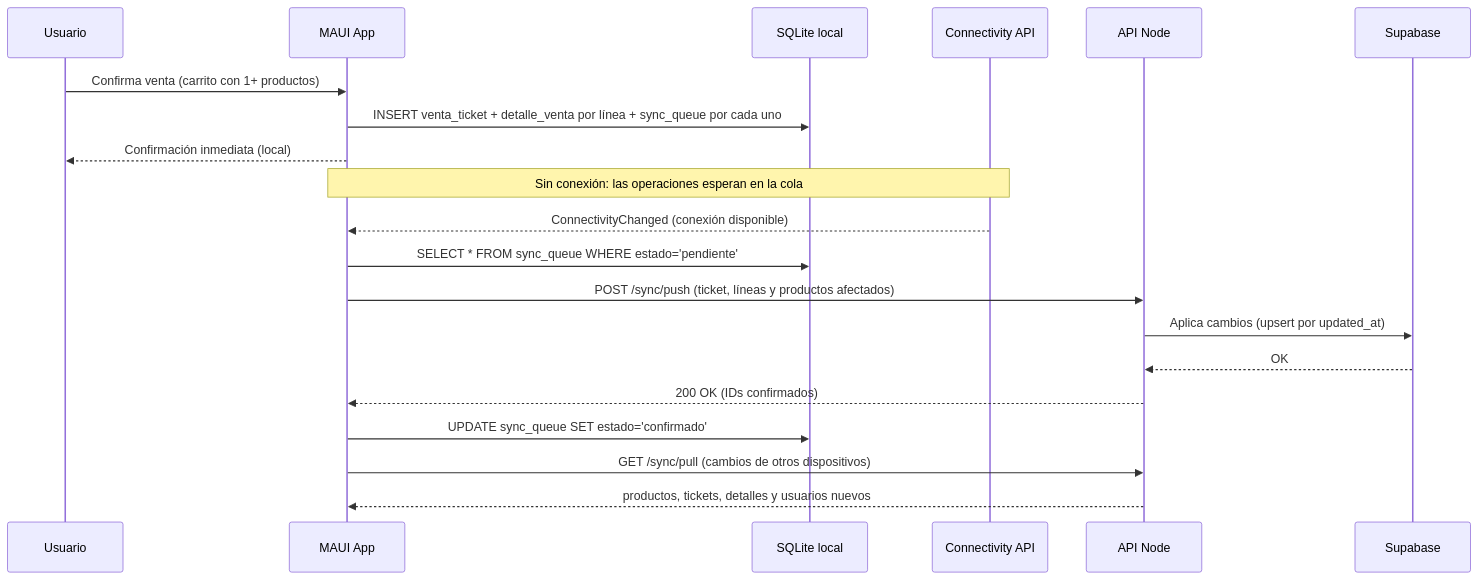
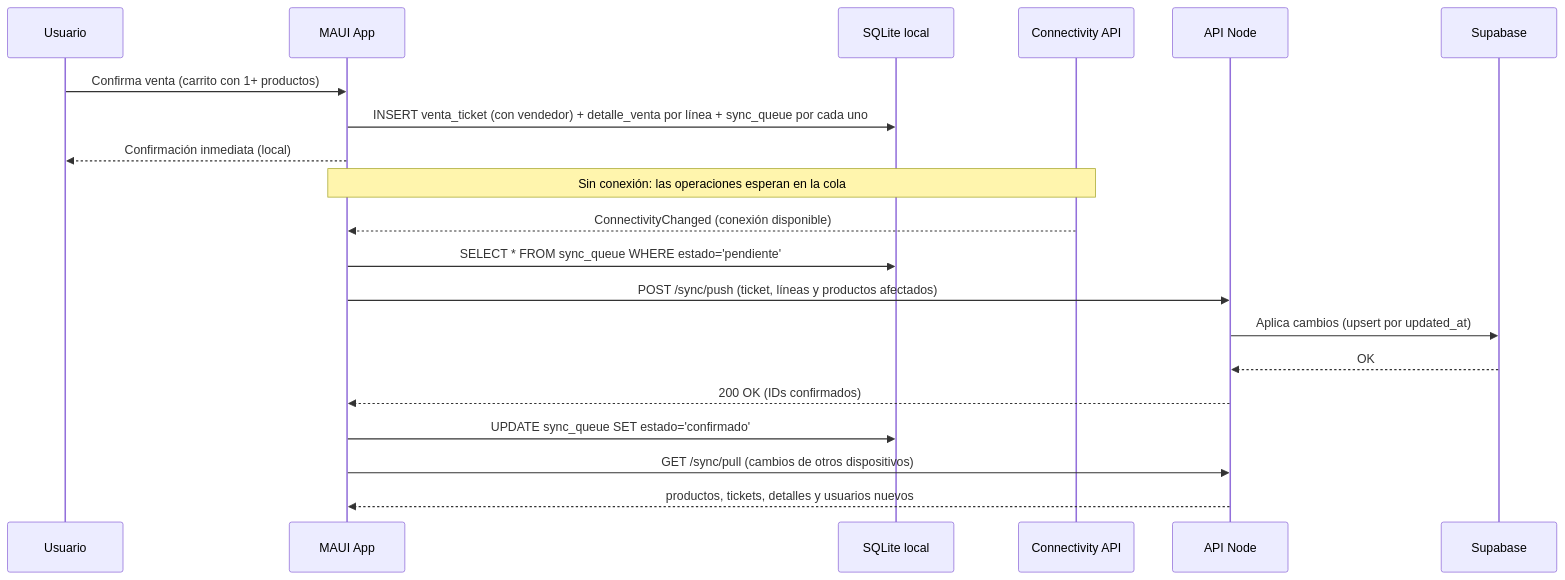
The fourth of 7 diagrams in docs/arquitectura.md (alexandrafs5/StockBridge), drawn with Mermaid before and after one commit. The commit also changed other lines of this file and 1 other file, not shown here.

````diff
--- a/docs/arquitectura.md
+++ b/docs/arquitectura.md
@@ -235,25 +252,25 @@
 ```mermaid
 sequenceDiagram
     participant U as Usuario
     participant App as MAUI App
     participant DB as SQLite local
     participant Net as Connectivity API
     participant API as API Node
     participant PG as Supabase
 
     U->>App: Confirma venta (carrito con 1+ productos)
-    App->>DB: INSERT venta_ticket + detalle_venta por línea + sync_queue por cada uno
+    App->>DB: INSERT venta_ticket (con vendedor) + detalle_venta por línea + sync_queue por cada uno
     App-->>U: Confirmación inmediata (local)
 
     Note over App,Net: Sin conexión: las operaciones esperan en la cola
 
     Net-->>App: ConnectivityChanged (conexión disponible)
     App->>DB: SELECT * FROM sync_queue WHERE estado='pendiente'
     App->>API: POST /sync/push (ticket, líneas y productos afectados)
     API->>PG: Aplica cambios (upsert por updated_at)
     PG-->>API: OK
     API-->>App: 200 OK (IDs confirmados)
     App->>DB: UPDATE sync_queue SET estado='confirmado'
     App->>API: GET /sync/pull (cambios de otros dispositivos)
     API-->>App: productos, tickets, detalles y usuarios nuevos
 ```
````
